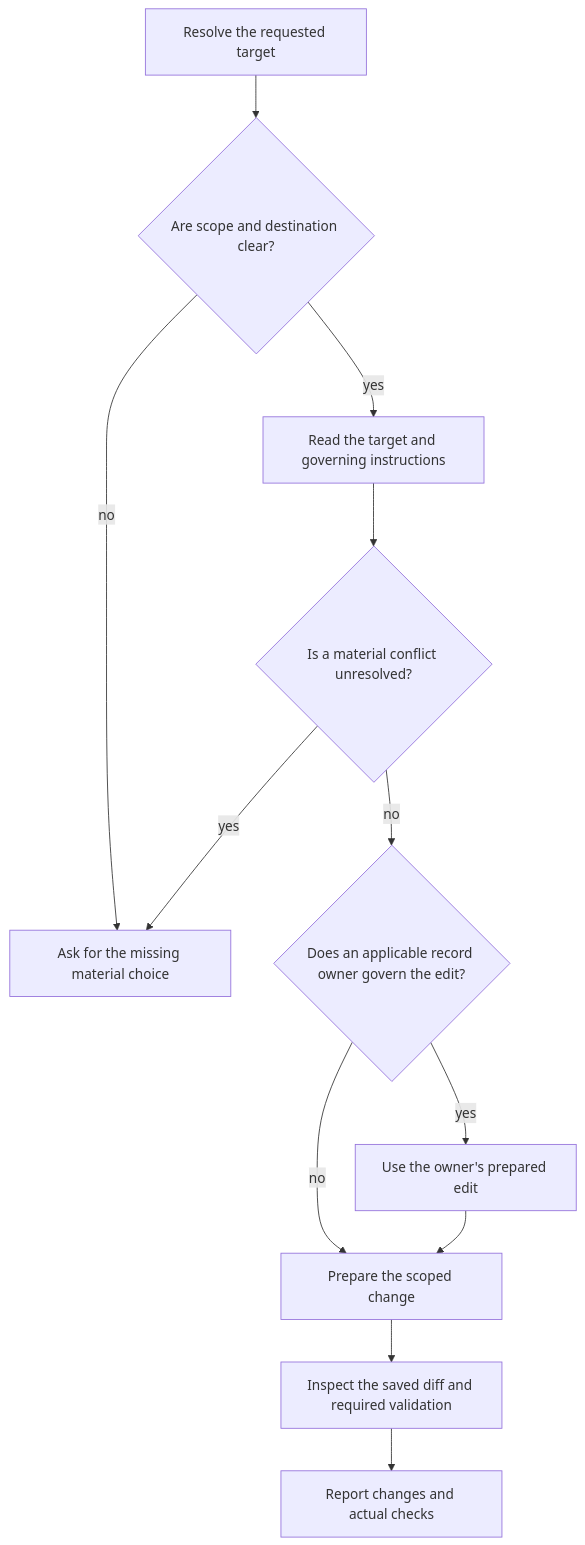
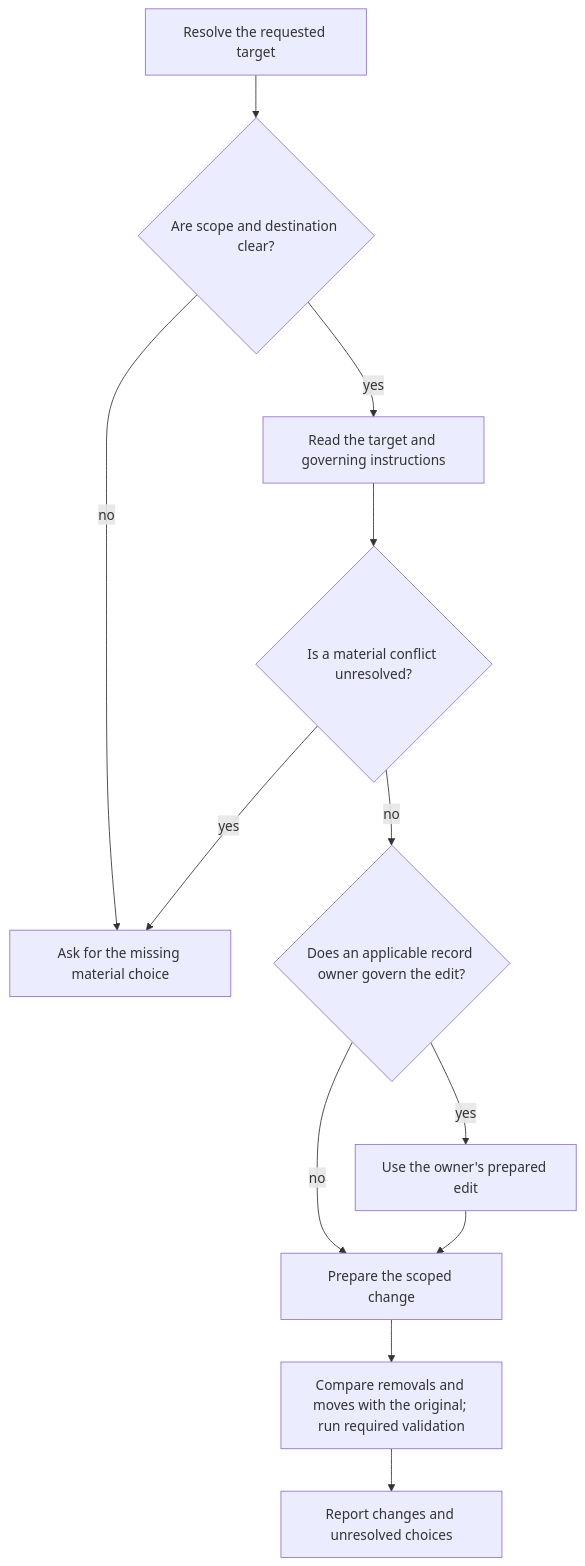
The diagram in members/scoville-project-context-cleanup/scoville-project-context-cleanup/SKILL.md (benjaminstelzer/scoville-suite-for-codex-mainloop), drawn with Mermaid before and after one commit. The commit also changed other lines of this file and 183 other files, not shown here.

````diff
--- a/members/scoville-project-context-cleanup/scoville-project-context-cleanup/SKILL.md
+++ b/members/scoville-project-context-cleanup/scoville-project-context-cleanup/SKILL.md
@@ -15,14 +15,14 @@
 ```mermaid
 flowchart TD
   target["Resolve the requested target"] --> clear{"Are scope and destination clear?"}
   clear -->|no| ask["Ask for the missing material choice"]
   clear -->|yes| read["Read the target and governing instructions"]
   read --> conflict{"Is a material conflict unresolved?"}
   conflict -->|yes| ask
   conflict -->|no| owner{"Does an applicable record owner govern the edit?"}
   owner -->|yes| coordinate["Use the owner's prepared edit"]
   owner -->|no| draft["Prepare the scoped change"]
   coordinate --> draft
-  draft --> verify["Inspect the saved diff and required validation"]
-  verify --> report["Report changes and actual checks"]
+  draft --> verify["Compare removals and moves with the original; run required validation"]
+  verify --> report["Report changes and unresolved choices"]
 ```
````
